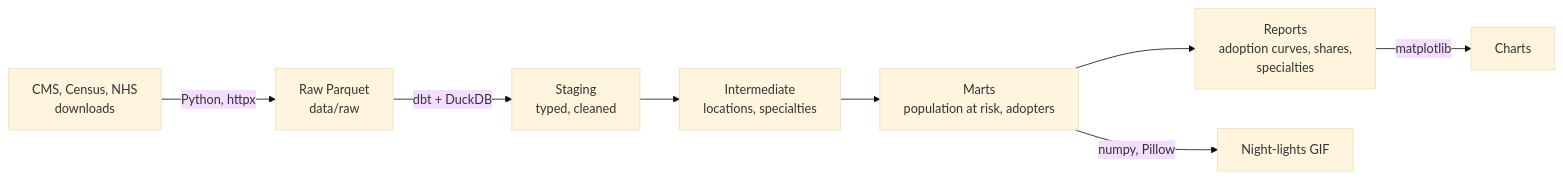
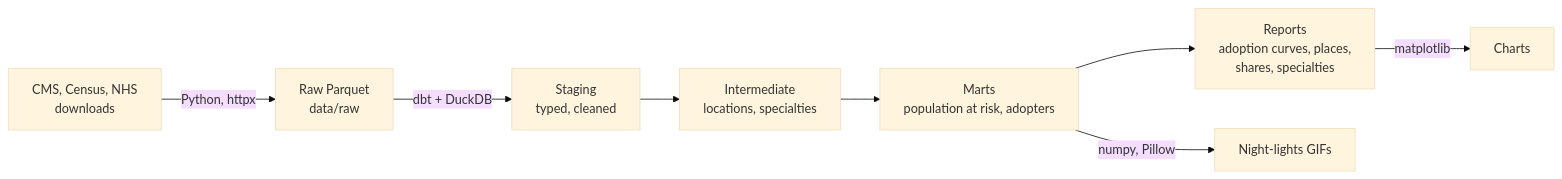
One commit to MyreLab/semaglutide-spread changed the diagram in README.md. Above: the diagram before and after it, drawn with Mermaid (base theme). The commit also changed other lines of this file and 2 other files, not shown here.

````diff
--- a/README.md
+++ b/README.md
@@ -148,10 +82,10 @@
 ```mermaid
 flowchart LR
     A[CMS, Census, NHS<br>downloads] -->|Python, httpx| B[Raw Parquet<br>data/raw]
     B -->|dbt + DuckDB| C[Staging<br>typed, cleaned]
     C --> D[Intermediate<br>locations, specialties]
     D --> E[Marts<br>population at risk, adopters]
-    E --> F[Reports<br>adoption curves, shares,<br>specialties]
-    E -->|numpy, Pillow| G[Night-lights GIF]
+    E --> F[Reports<br>adoption curves, places,<br>shares, specialties]
+    E -->|numpy, Pillow| G[Night-lights GIFs]
     F -->|matplotlib| H[Charts]
 ```
````
